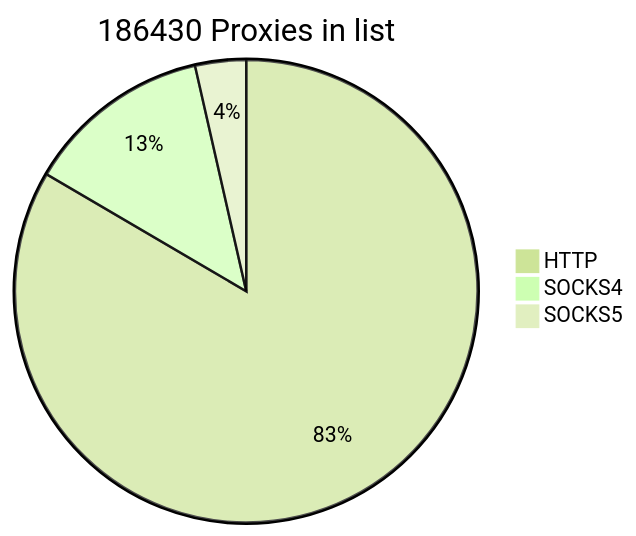
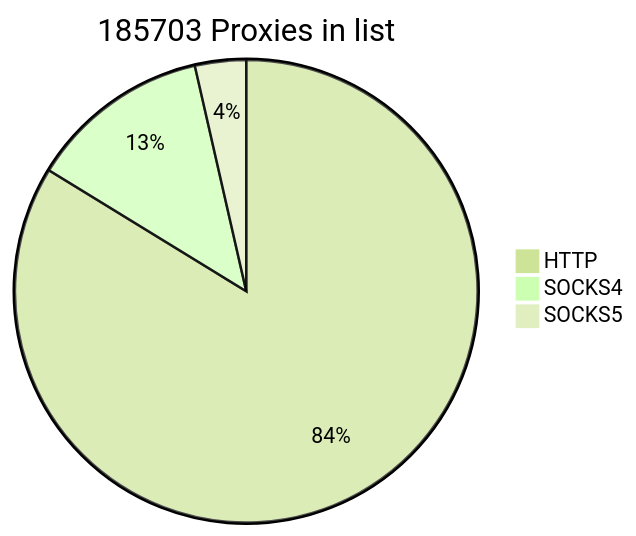
The first of 2 diagrams in README.md (cutipu/proxylist), drawn with Mermaid (forest theme) before and after one commit. The commit also changed other lines of this file, not shown here.

````diff
--- a/README.md
+++ b/README.md
@@ -2,7 +2,7 @@
 ```mermaid
-pie title 186430 Proxies in list
-    "HTTP" : 155552
-    "SOCKS4" : 24247
+pie title 185703 Proxies in list
+    "HTTP" : 155526
+    "SOCKS4" : 23546
     "SOCKS5" : 6631
             
 ```
````
